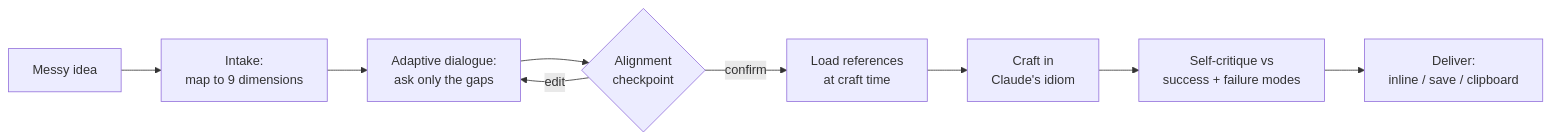
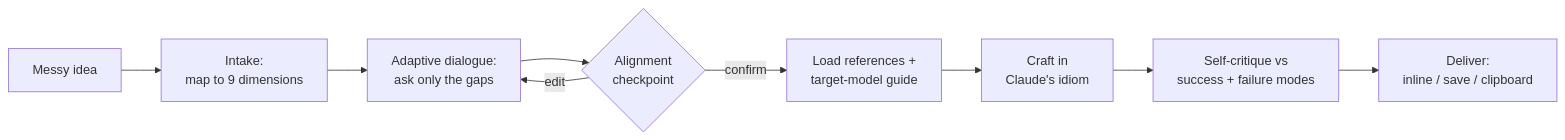
Before and after one commit to Mediacom99/skill-forge: the diagram in README.md, drawn with Mermaid. The commit also changed other lines of this file and 3 other files, not shown here.

````diff
--- a/README.md
+++ b/README.md
@@ -106,11 +106,11 @@
 ```mermaid
 flowchart LR
     A["Messy idea"] --> B["Intake:<br/>map to 9 dimensions"]
     B --> C["Adaptive dialogue:<br/>ask only the gaps"]
     C --> D{"Alignment<br/>checkpoint"}
-    D -- confirm --> E["Load references<br/>at craft time"]
+    D -- confirm --> E["Load references +<br/>target-model guide"]
     E --> F["Craft in<br/>Claude's idiom"]
     F --> G["Self-critique vs<br/>success + failure modes"]
     G --> H["Deliver:<br/>inline / save / clipboard"]
     D -- edit --> C
 ```
````
